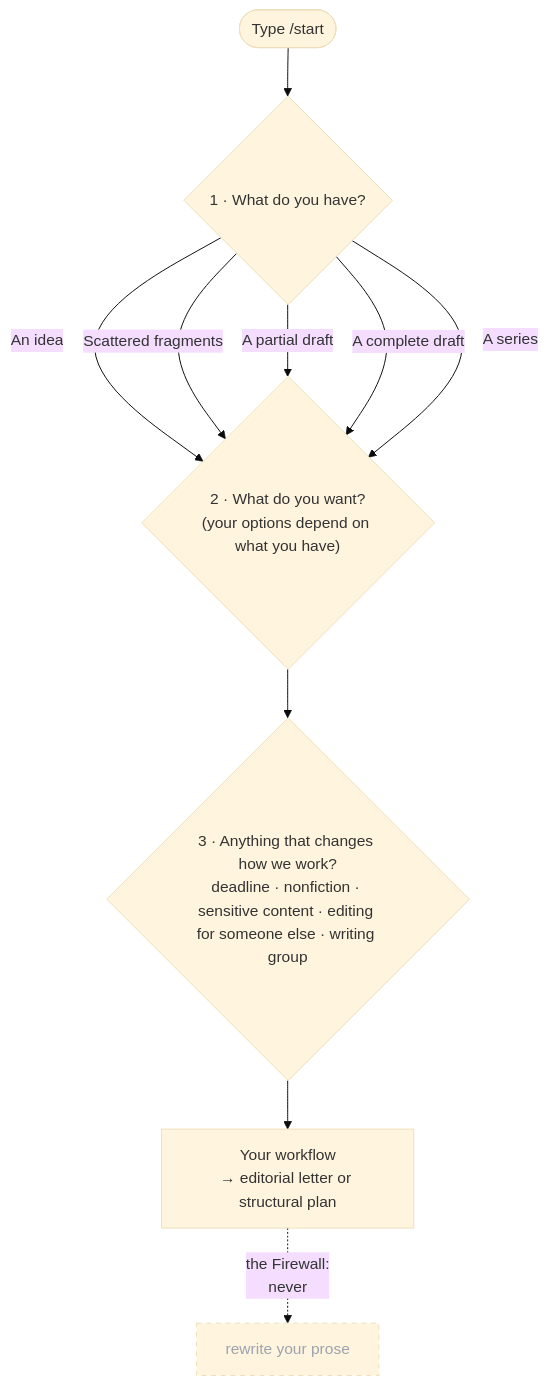
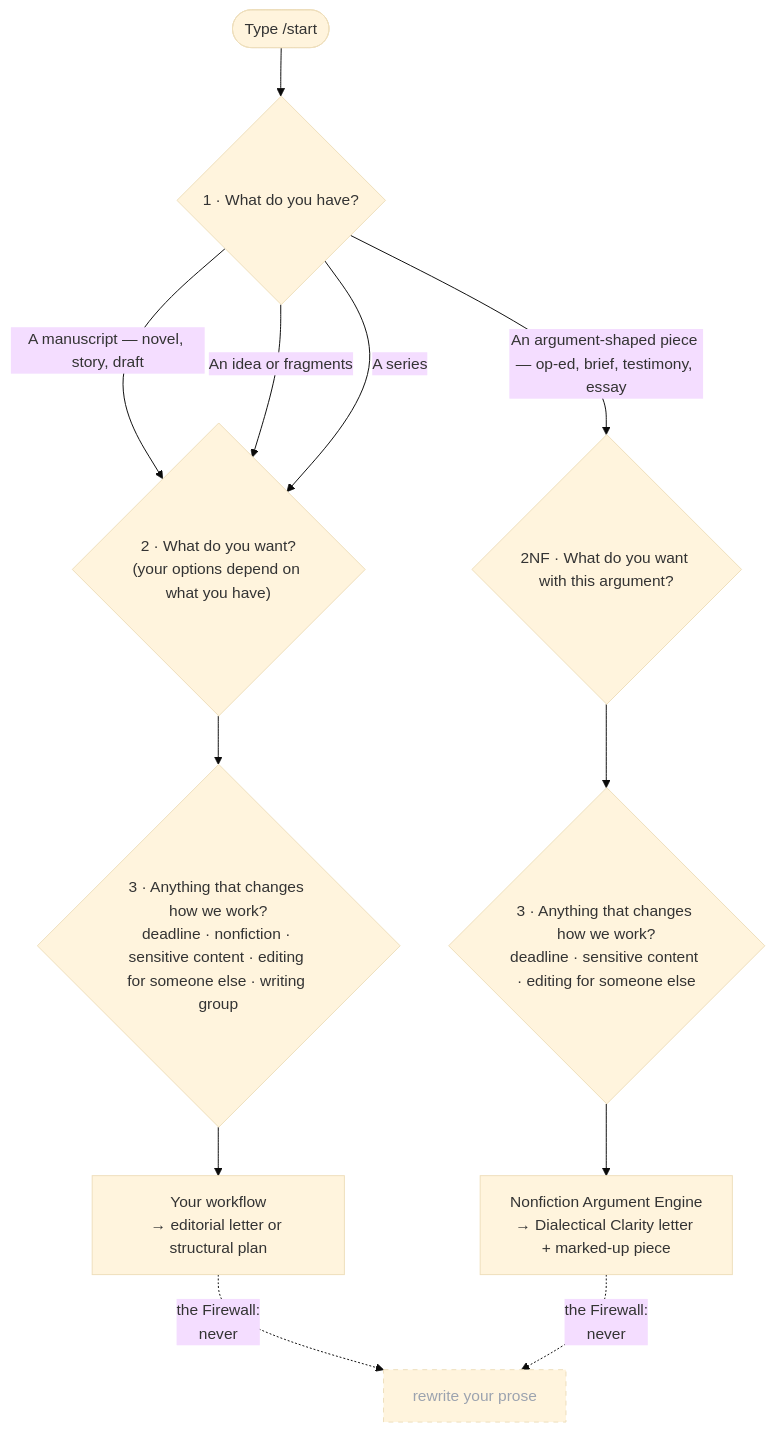
Before and after one commit to anotherpanacea-eng/apodictic: the diagram in README.md, drawn with Mermaid (base theme). The commit also changed other lines of this file and 11 other files, not shown here.

First line of the commit message:
feat(front-door): nonfiction & argument first-class dual-pillar reframe

````diff
--- a/README.md
+++ b/README.md
@@ -5,13 +5,15 @@
 ```mermaid
 flowchart TD
     S(["Type /start"]) --> Q1{"1 · What do you have?"}
-    Q1 -->|An idea| Q2
-    Q1 -->|Scattered fragments| Q2
-    Q1 -->|A partial draft| Q2
-    Q1 -->|A complete draft| Q2
+    Q1 -->|A manuscript — novel, story, draft| Q2
+    Q1 -->|An argument-shaped piece — op-ed, brief, testimony, essay| Q2NF
+    Q1 -->|An idea or fragments| Q2
     Q1 -->|A series| Q2
+    Q2NF{"2NF · What do you want with this argument?"} --> Q3NF{"3 · Anything that changes how we work?<br/>deadline · sensitive content · editing for someone else"}
+    Q3NF --> LNF["Nonfiction Argument Engine<br/>→ Dialectical Clarity letter + marked-up piece"]
     Q2{"2 · What do you want?<br/>(your options depend on what you have)"} --> Q3{"3 · Anything that changes how we work?<br/>deadline · nonfiction · sensitive content · editing for someone else · writing group"}
     Q3 --> L["Your workflow<br/>→ editorial letter or structural plan"]
     L -. the Firewall:<br/>never .-> X["rewrite your prose"]
+    LNF -. the Firewall:<br/>never .-> X
     style X stroke-dasharray: 5 5,color:#9ca3af
 ```
````
